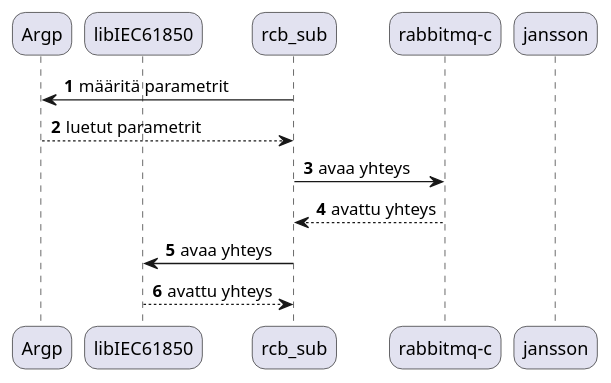
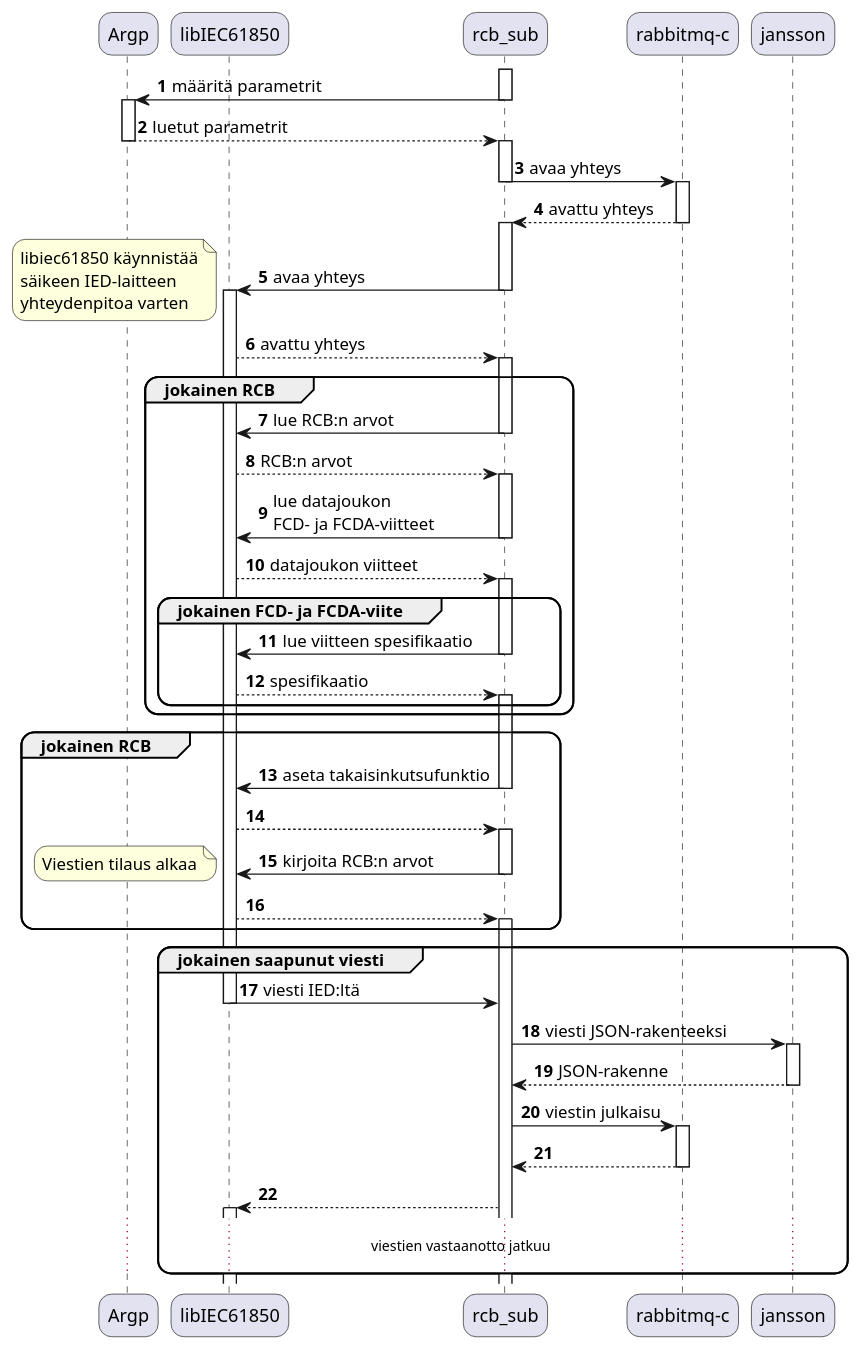
Before and after one commit to Kazhuu/tut_master_thesis: the diagram in uml/rcb-sub-general-sd.puml, drawn with PlantUML. The commit also changed 3 other files, not shown here.

```diff
--- a/uml/rcb-sub-general-sd.puml
+++ b/uml/rcb-sub-general-sd.puml
@@ -1,18 +1,79 @@
 @startuml
 autonumber
 
 skinparam roundcorner 20
 
 participant "Argp" as argp
 participant "libIEC61850" as libiec
 participant "rcb_sub" as rcbsub
 participant "rabbitmq-c" as mqc
-participant "jansson" as json
+participant "jansson" as jansson
 
+activate rcbsub
 rcbsub -> argp : määritä parametrit
+deactivate rcbsub
+activate argp
 argp --> rcbsub : luetut parametrit
+deactivate argp
+activate rcbsub
 rcbsub -> mqc : avaa yhteys
+deactivate rcbsub
+activate mqc
 mqc --> rcbsub : avattu yhteys
+deactivate mqc
+activate rcbsub
 rcbsub -> libiec : avaa yhteys
+deactivate rcbsub
+activate libiec
+note left
+	libiec61850 käynnistää
+	säikeen IED-laitteen
+	yhteydenpitoa varten
+end note
 libiec --> rcbsub : avattu yhteys
+activate rcbsub
+group jokainen RCB
+	rcbsub -> libiec : lue RCB:n arvot
+	deactivate rcbsub
+	libiec --> rcbsub : RCB:n arvot
+	activate rcbsub
+	rcbsub -> libiec : lue datajoukon\nFCD- ja FCDA-viitteet
+	deactivate rcbsub
+	libiec --> rcbsub : datajoukon viitteet
+	activate rcbsub
+	group jokainen FCD- ja FCDA-viite
+		rcbsub -> libiec : lue viitteen spesifikaatio
+		deactivate rcbsub
+		libiec --> rcbsub : spesifikaatio
+		activate rcbsub
+	end
+end
+group jokainen RCB
+	rcbsub -> libiec : aseta takaisinkutsufunktio
+	deactivate rcbsub
+	libiec --> rcbsub
+	activate rcbsub
+	rcbsub -> libiec : kirjoita RCB:n arvot
+	deactivate rcbsub
+	note left
+		Viestien tilaus alkaa
+	end note
+	libiec --> rcbsub
+	activate rcbsub
+end
+group jokainen saapunut viesti
+	libiec -> rcbsub : viesti IED:ltä
+	deactivate libiec
+	rcbsub -> jansson : viesti JSON-rakenteeksi
+	activate jansson
+	jansson --> rcbsub : JSON-rakenne
+	deactivate jansson
+	rcbsub -> mqc : viestin julkaisu
+	activate mqc
+	mqc --> rcbsub
+	deactivate mqc
+	rcbsub --> libiec
+	activate libiec
+	... viestien vastaanotto jatkuu ...
+end
 @enduml
```
